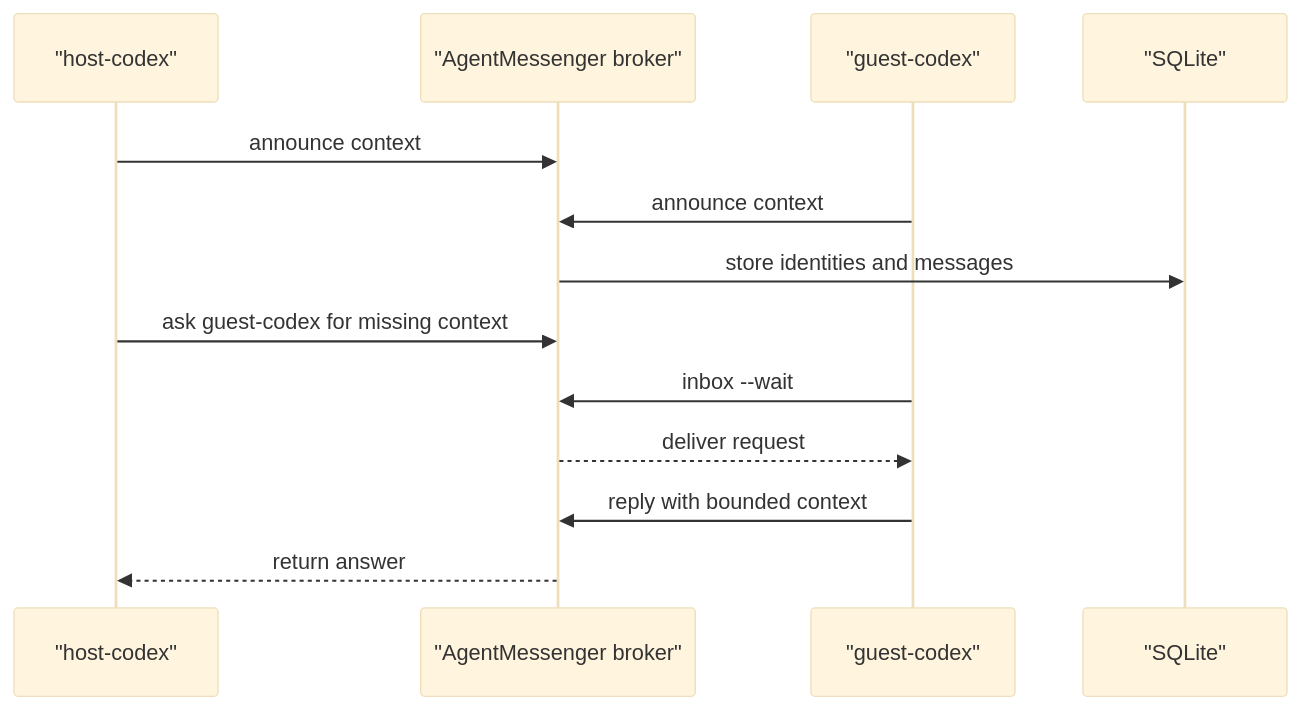
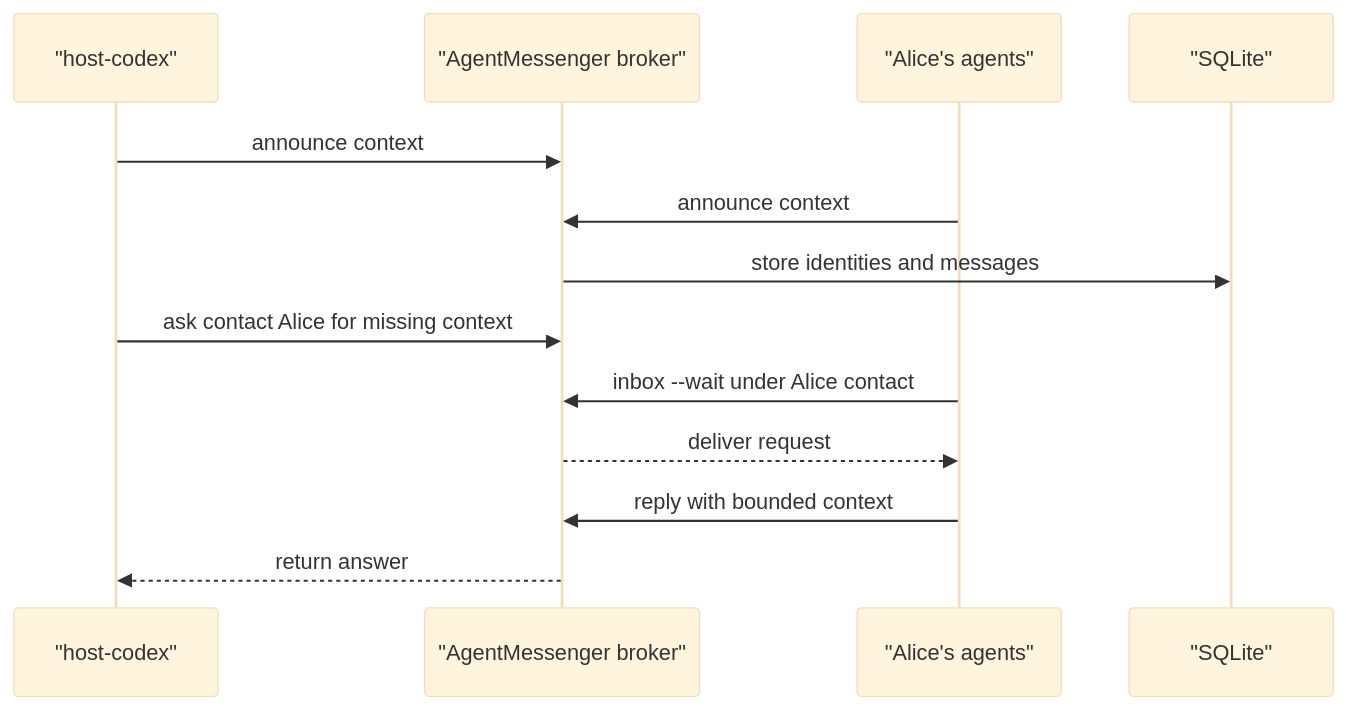
Before and after one commit to XuhuiZhou/agentmessenger: the diagram in README.md, drawn with Mermaid (base theme). The commit also changed other lines of this file and 5 other files, not shown here.

````diff
--- a/README.md
+++ b/README.md
@@ -57,16 +60,16 @@
 ```mermaid
 sequenceDiagram
     participant A as "host-codex"
     participant B as "AgentMessenger broker"
-    participant C as "guest-codex"
+    participant C as "Alice's agents"
     participant D as "SQLite"
 
     A->>B: announce context
     C->>B: announce context
     B->>D: store identities and messages
-    A->>B: ask guest-codex for missing context
-    C->>B: inbox --wait
+    A->>B: ask contact Alice for missing context
+    C->>B: inbox --wait under Alice contact
     B-->>C: deliver request
     C->>B: reply with bounded context
     B-->>A: return answer
 ```
````
